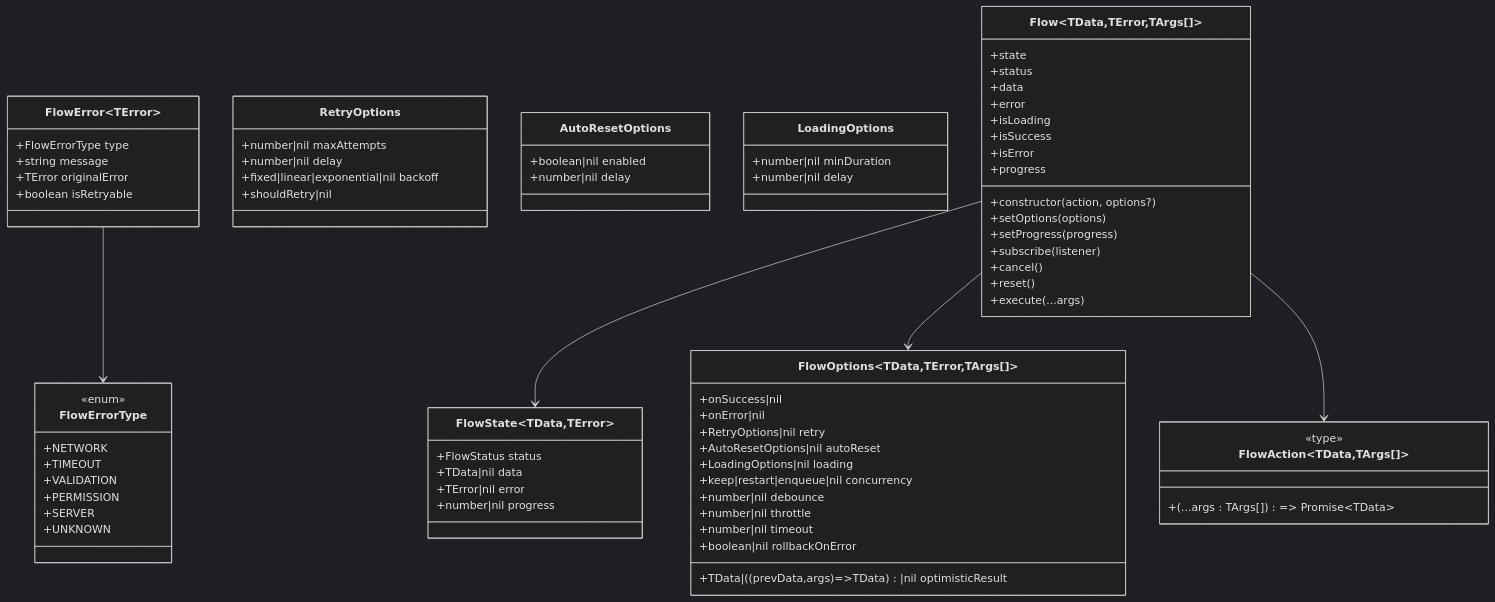
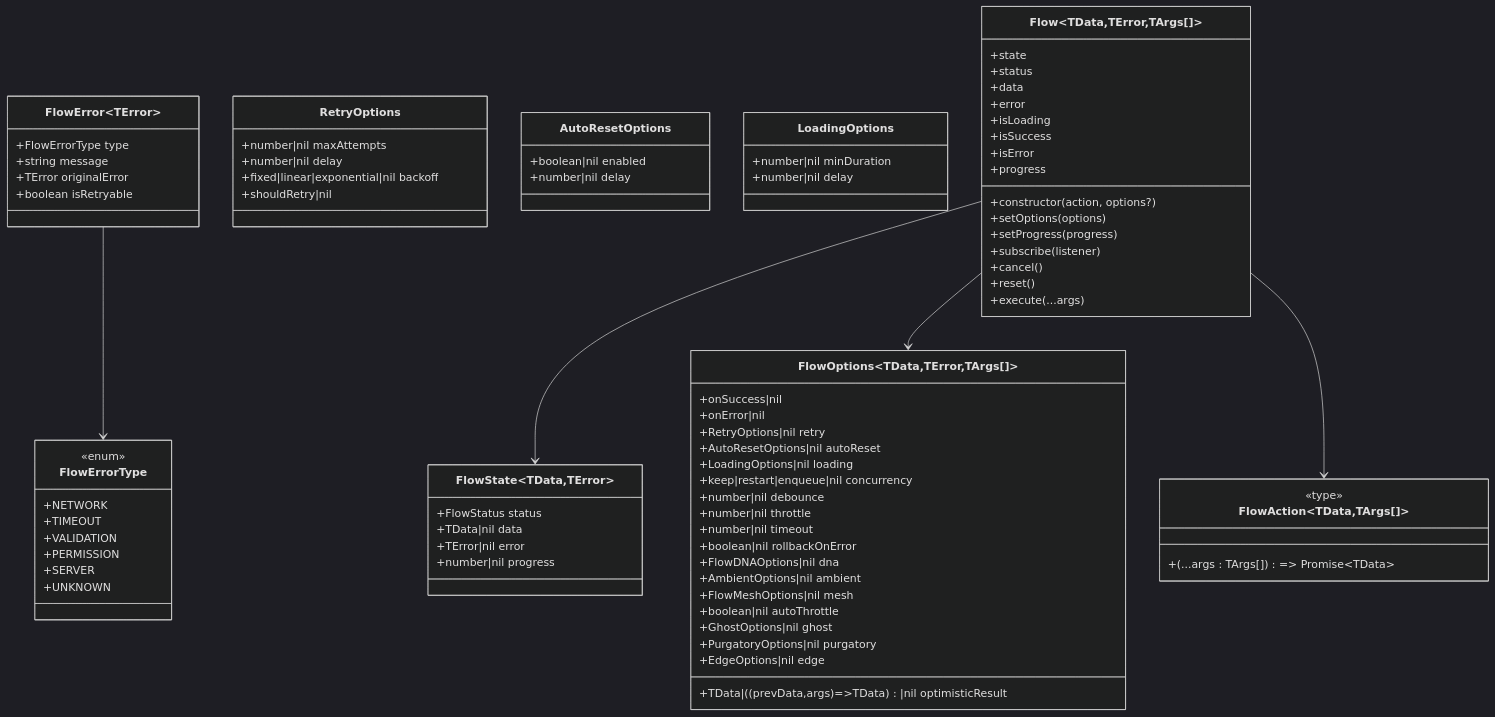
One commit to devhimanshuu/asyncflowstate changed the second of 3 diagrams in documentation/content/API Reference/Core API Reference/Type Definitions.md. Above: the diagram before and after it, drawn with Mermaid (dark theme). The commit also changed other lines of this file and 4 other files, not shown here.

```diff
--- a/documentation/content/API Reference/Core API Reference/Type Definitions.md
+++ b/documentation/content/API Reference/Core API Reference/Type Definitions.md
@@ -230,6 +237,13 @@
 +number|nil timeout
 +TData|((prevData,args)=>TData)|nil optimisticResult
 +boolean|nil rollbackOnError
++FlowDNAOptions|nil dna
++AmbientOptions|nil ambient
++FlowMeshOptions|nil mesh
++boolean|nil autoThrottle
++GhostOptions|nil ghost
++PurgatoryOptions|nil purgatory
++EdgeOptions|nil edge
 }
 class Flow~TData,TError,TArgs[]~ {
 +constructor(action, options?)
```
